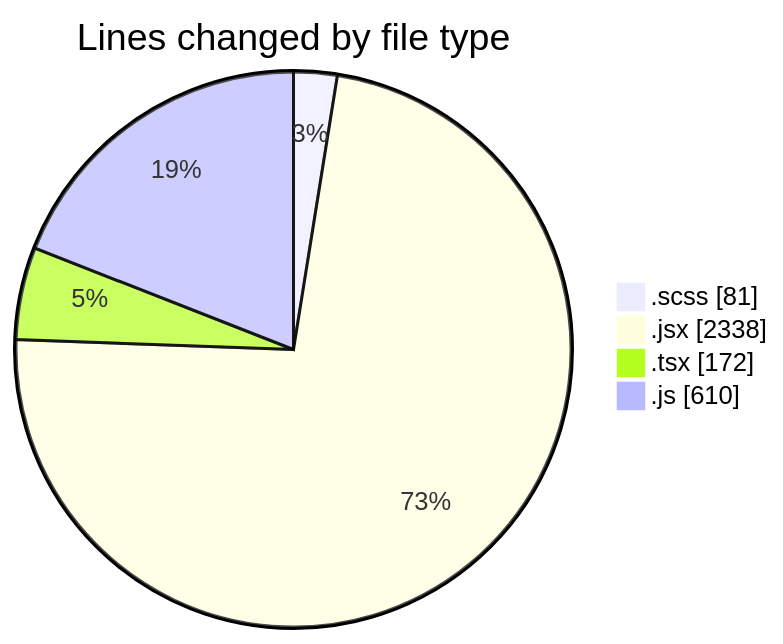
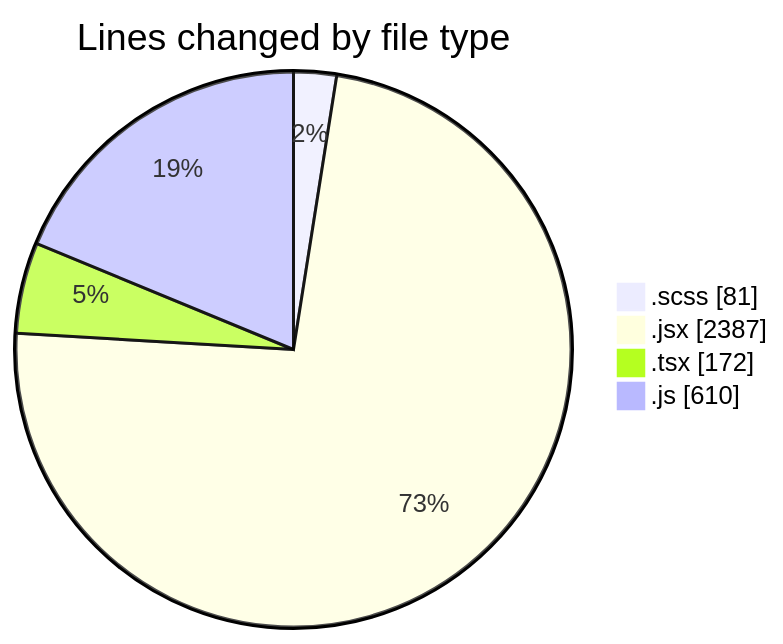
The first of 2 diagrams in 2025-06-03/cda/README.md (momahboobian/code-tracking), drawn with Mermaid before and after one commit. The commit also changed other lines of this file and 1 other file, not shown here.

````diff
--- a/2025-06-03/cda/README.md
+++ b/2025-06-03/cda/README.md
@@ -27,8 +27,8 @@
 ```mermaid
 pie showData
 title Lines changed by file type
 ".scss" : 81
-".jsx" : 2338
+".jsx" : 2387
 ".tsx" : 172
 ".js" : 610
 ```
````
